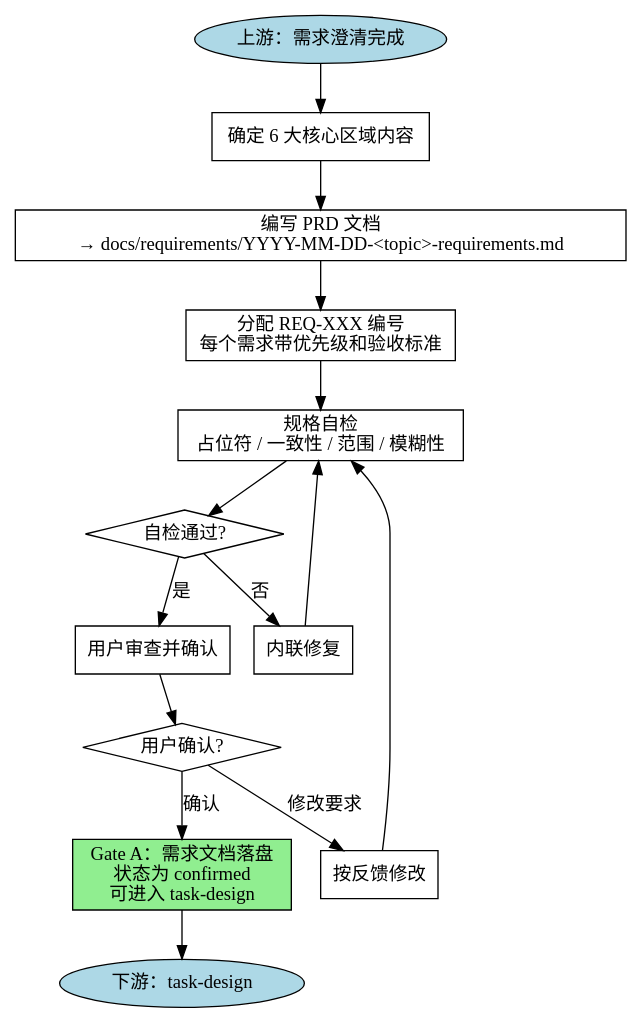
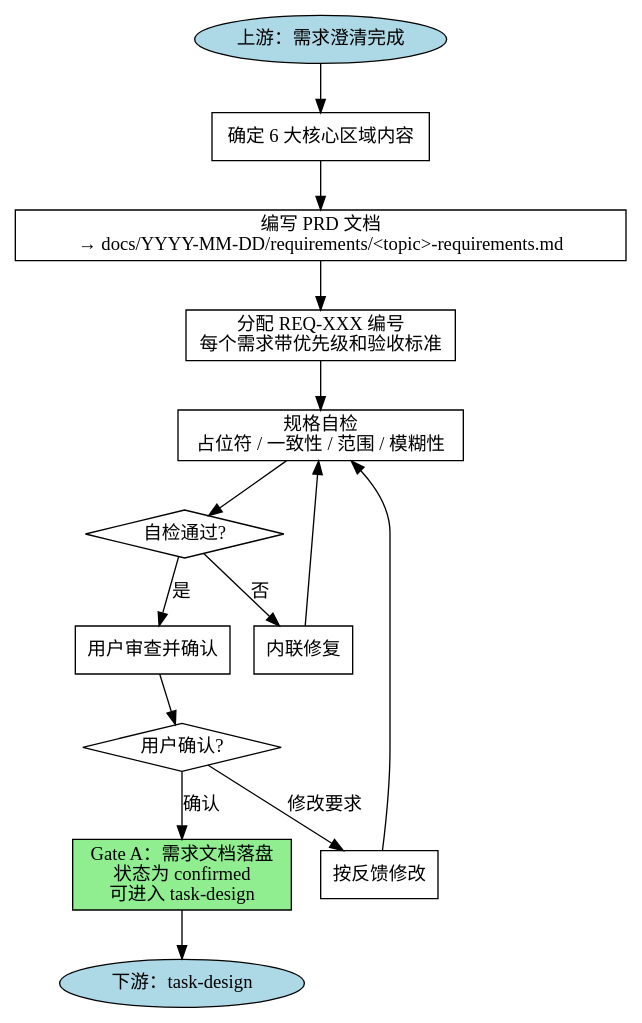
One commit to Wjl1224734792/Jarvis-Agent-Factory changed the diagram in src/templates/platforms/claude/skills/spec-driven-development/SKILL.md. Above: the diagram before and after it, drawn with Graphviz. The commit also changed other lines of this file and 82 other files, not shown here.

````diff
--- a/src/templates/platforms/claude/skills/spec-driven-development/SKILL.md
+++ b/src/templates/platforms/claude/skills/spec-driven-development/SKILL.md
@@ -47,32 +47,32 @@
 ```dot
 digraph spec_driven {
     rankdir=TB;
 
     "上游：需求澄清完成" [shape=ellipse style=filled fillcolor=lightblue];
     "确定 6 大核心区域内容" [shape=box];
-    "编写 PRD 文档\n→ docs/requirements/YYYY-MM-DD-<topic>-requirements.md" [shape=box];
+    "编写 PRD 文档\n→ docs/YYYY-MM-DD/requirements/<topic>-requirements.md" [shape=box];
     "分配 REQ-XXX 编号\n每个需求带优先级和验收标准" [shape=box];
     "规格自检\n占位符 / 一致性 / 范围 / 模糊性" [shape=box];
     "自检通过?" [shape=diamond];
     "内联修复" [shape=box];
     "用户审查并确认" [shape=box];
     "用户确认?" [shape=diamond];
     "按反馈修改" [shape=box];
     "Gate A：需求文档落盘\n状态为 confirmed\n可进入 task-design" [shape=box style=filled fillcolor=lightgreen];
     "下游：task-design" [shape=ellipse style=filled fillcolor=lightblue];
 
     "上游：需求澄清完成" -> "确定 6 大核心区域内容";
-    "确定 6 大核心区域内容" -> "编写 PRD 文档\n→ docs/requirements/YYYY-MM-DD-<topic>-requirements.md";
-    "编写 PRD 文档\n→ docs/requirements/YYYY-MM-DD-<topic>-requirements.md" -> "分配 REQ-XXX 编号\n每个需求带优先级和验收标准";
+    "确定 6 大核心区域内容" -> "编写 PRD 文档\n→ docs/YYYY-MM-DD/requirements/<topic>-requirements.md";
+    "编写 PRD 文档\n→ docs/YYYY-MM-DD/requirements/<topic>-requirements.md" -> "分配 REQ-XXX 编号\n每个需求带优先级和验收标准";
     "分配 REQ-XXX 编号\n每个需求带优先级和验收标准" -> "规格自检\n占位符 / 一致性 / 范围 / 模糊性";
     "规格自检\n占位符 / 一致性 / 范围 / 模糊性" -> "自检通过?";
     "自检通过?" -> "内联修复" [label="否"];
     "内联修复" -> "规格自检\n占位符 / 一致性 / 范围 / 模糊性";
     "自检通过?" -> "用户审查并确认" [label="是"];
     "用户审查并确认" -> "用户确认?";
     "用户确认?" -> "按反馈修改" [label="修改要求"];
     "按反馈修改" -> "规格自检\n占位符 / 一致性 / 范围 / 模糊性";
     "用户确认?" -> "Gate A：需求文档落盘\n状态为 confirmed\n可进入 task-design" [label="确认"];
     "Gate A：需求文档落盘\n状态为 confirmed\n可进入 task-design" -> "下游：task-design";
 }
 ```
````
